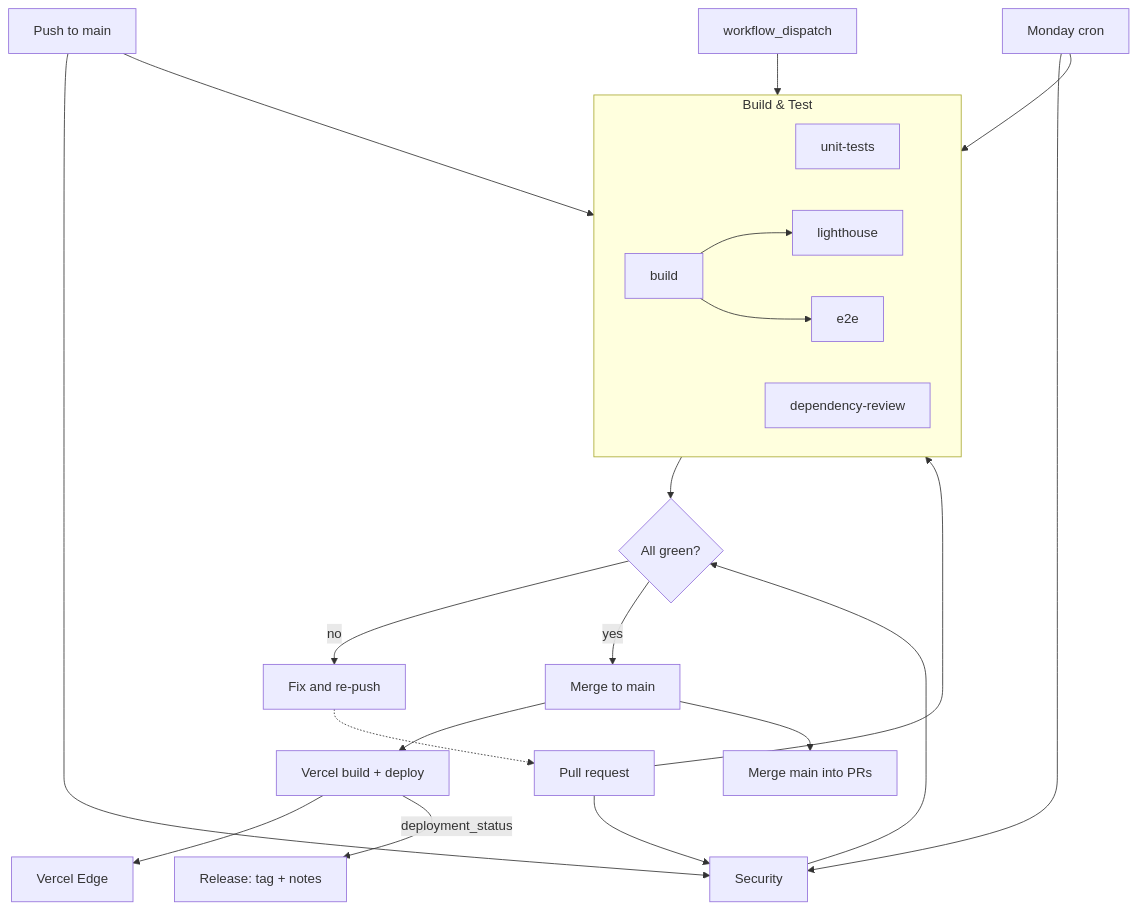
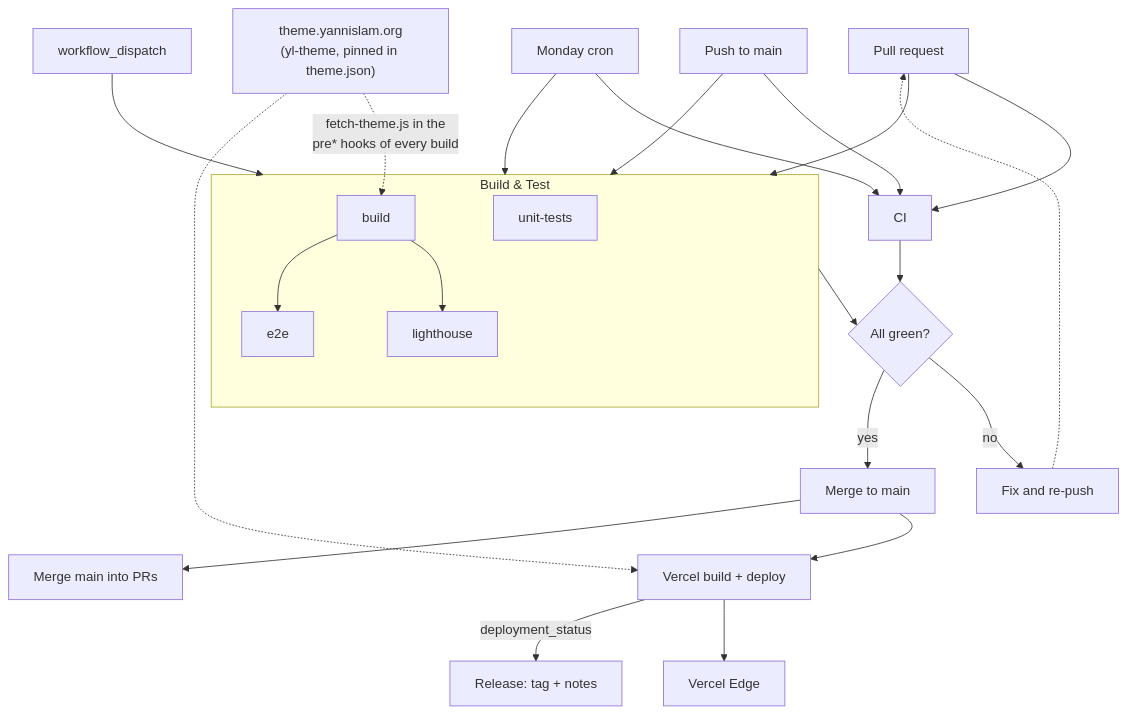
The first of 2 diagrams in wiki/CI-CD-and-Deployment.md (AardeYamz/v3.yannislam.org), drawn with Mermaid before and after one commit. The commit also changed other lines of this file and 10 other files, not shown here.

````diff
--- a/wiki/CI-CD-and-Deployment.md
+++ b/wiki/CI-CD-and-Deployment.md
@@ -3,30 +3,32 @@
 ```mermaid
 flowchart TB
     PR["Pull request"] --> CI
     Push["Push to main"] --> CI
     Cron["Monday cron"] --> CI
     Manual["workflow_dispatch"] --> CI
 
     subgraph CI["Build & Test"]
         Unit["unit-tests"]
         Build["build"]
         Lighthouse["lighthouse"]
         E2E["e2e"]
-        DepReview["dependency-review"]
         Build --> Lighthouse & E2E
     end
 
-    PR --> Sec["Security"]
-    Push --> Sec
-    Cron --> Sec
+    PR --> Checks["CI"]
+    Push --> Checks
+    Cron --> Checks
 
-    CI & Sec --> Gate{"All green?"}
+    CI & Checks --> Gate{"All green?"}
     Gate -->|"no"| Fix["Fix and re-push"]
     Fix -.-> PR
     Gate -->|"yes"| Merge["Merge to main"]
+
+    ThemeHost["theme.yannislam.org<br/>(yl-theme, pinned in theme.json)"] -.->|"fetch-theme.js in the<br/>pre* hooks of every build"| Build
+    ThemeHost -.-> Vercel
 
     Merge --> Vercel["Vercel build + deploy"]
     Vercel --> Edge["Vercel Edge"]
     Vercel -->|"deployment_status"| Release["Release: tag + notes"]
     Merge --> Sync["Merge main into PRs"]
 ```
````
